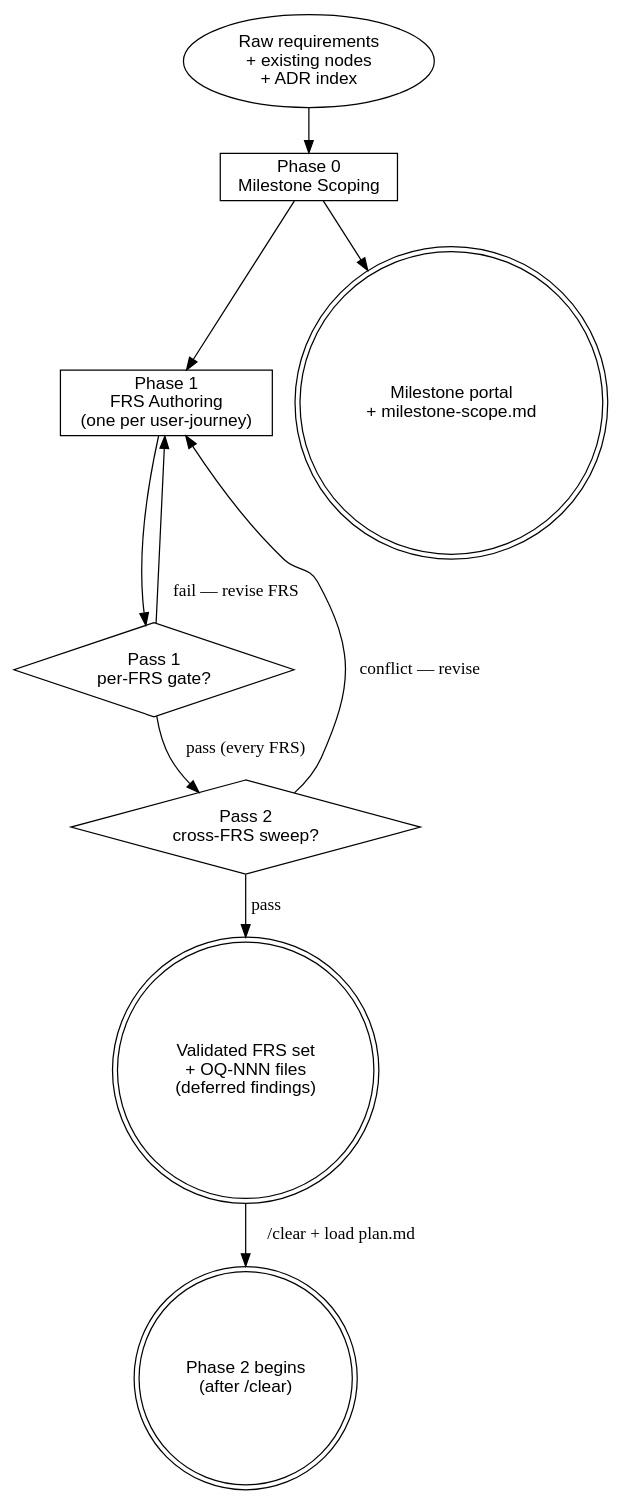
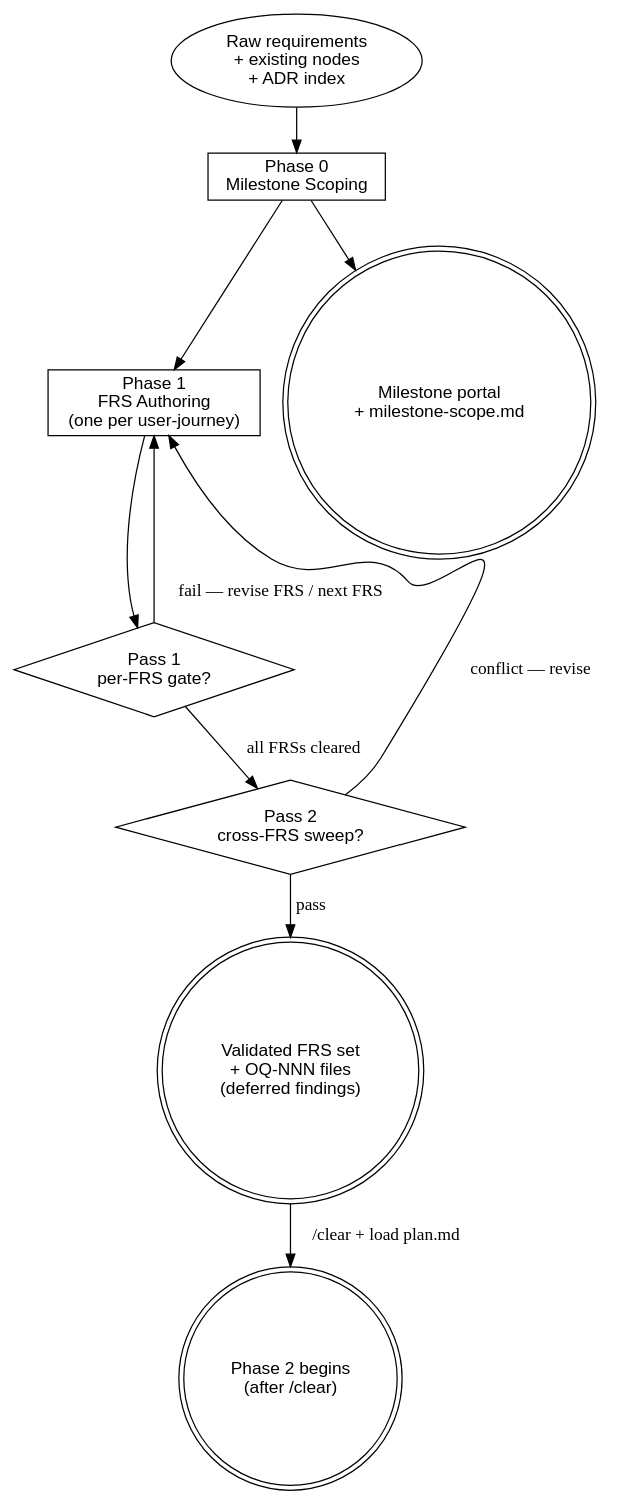
The diagram in sdlc/workflow/design.md (thapaliyabikendra/agentic-dev-workspace), drawn with Graphviz before and after one commit. The commit also changed other lines of this file and 60 other files, not shown here.

````diff
--- a/sdlc/workflow/design.md
+++ b/sdlc/workflow/design.md
@@ -55,26 +55,26 @@
 ```dot
 digraph design_flow {
     rankdir=TB;
     node [fontname="Helvetica"];
 
     inputs   [shape=oval,  label="Raw requirements\n+ existing nodes\n+ ADR index"];
     phase0   [shape=box,   label="Phase 0\nMilestone Scoping"];
     phase1   [shape=box,   label="Phase 1\nFRS Authoring\n(one per user-journey)"];
     gate_pass1 [shape=diamond, label="Pass 1\nper-FRS gate?"];
     gate_pass2 [shape=diamond, label="Pass 2\ncross-FRS sweep?"];
 
     out_ms   [shape=doublecircle, label="Milestone portal\n+ milestone-scope.md"];
     out_frs  [shape=doublecircle, label="Validated FRS set\n+ OQ-NNN files\n(deferred findings)"];
     next     [shape=doublecircle, label="Phase 2 begins\n(after /clear)"];
 
     inputs -> phase0;
     phase0 -> out_ms;
     phase0 -> phase1;
     phase1 -> gate_pass1;
-    gate_pass1 -> phase1 [label="fail — revise FRS"];
-    gate_pass1 -> gate_pass2 [label="pass (every FRS)"];
+    gate_pass1 -> phase1 [label="fail — revise FRS / next FRS"];
+    gate_pass1 -> gate_pass2 [label="all FRSs cleared"];
     gate_pass2 -> phase1 [label="conflict — revise"];
     gate_pass2 -> out_frs [label="pass"];
     out_frs -> next [label="/clear + load plan.md"];
 }
 ```
````
